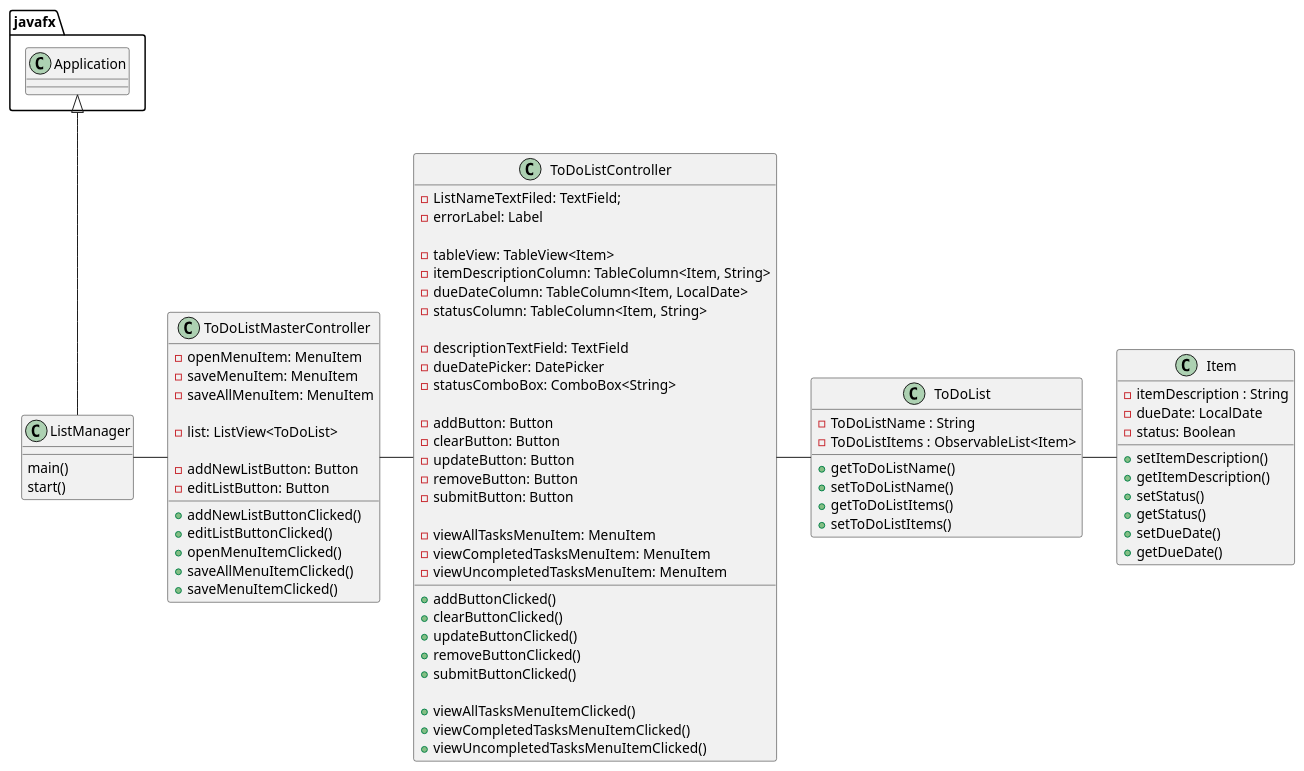
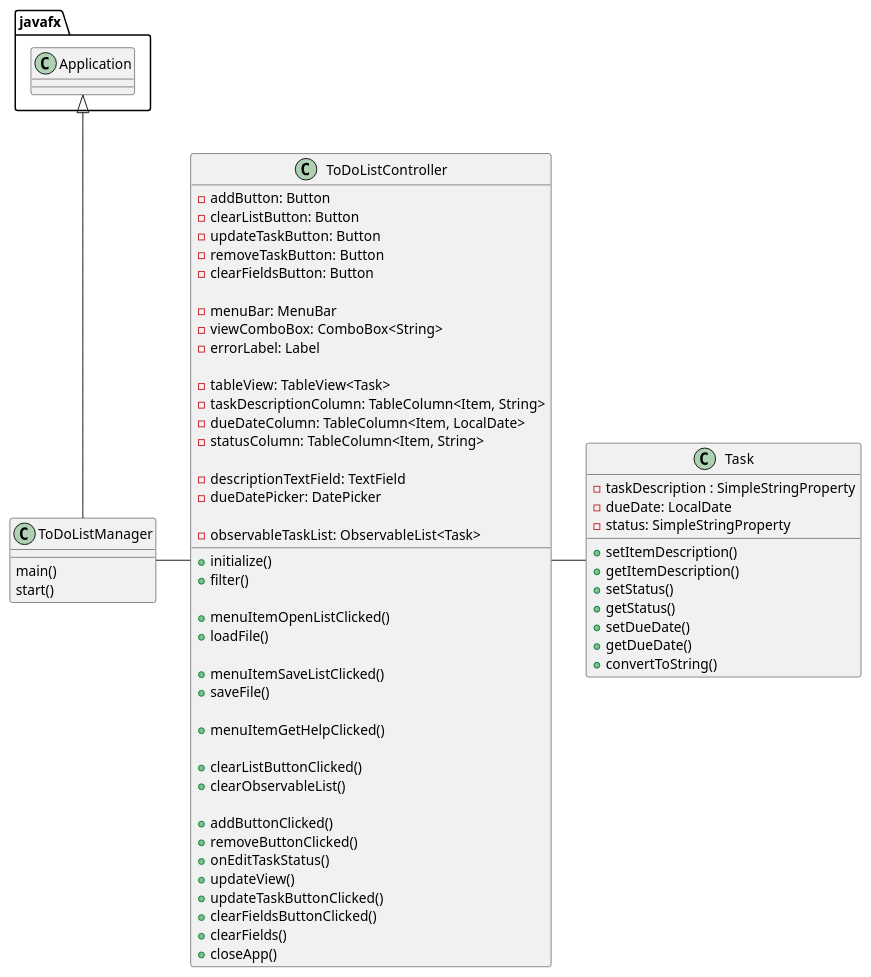
The diagram in uml/ClassDiagram.puml (mredelis/COP3330-OOP-AS4Part2-Summer21), drawn with PlantUML before and after one commit. The commit also changed 4 other files, not shown here.

```diff
--- a/uml/ClassDiagram.puml
+++ b/uml/ClassDiagram.puml
@@ -1,91 +1,74 @@
 @startuml
 'https://plantuml.com/class-diagram
 
-class ListManager{
+class ToDoListManager{
     main()
     start()
 }
 
-class ToDoListMasterController{
+class ToDoListController{
 
-    - openMenuItem: MenuItem
-    - saveMenuItem: MenuItem
-    - saveAllMenuItem: MenuItem
+    - addButton: Button
+    - clearListButton: Button
+    - updateTaskButton: Button
+    - removeTaskButton: Button
+    - clearFieldsButton: Button
 
-    - list: ListView<ToDoList>
-
-    - addNewListButton: Button
-    - editListButton: Button
-
-    + addNewListButtonClicked()
-    + editListButtonClicked()
-    + openMenuItemClicked()
-    + saveAllMenuItemClicked()
-    + saveMenuItemClicked()
-}
-
-class ToDoListController{
-    - ListNameTextFiled: TextField;
+    - menuBar: MenuBar
+    - viewComboBox: ComboBox<String>
     - errorLabel: Label
 
-    - tableView: TableView<Item>
-    - itemDescriptionColumn: TableColumn<Item, String>
+    - tableView: TableView<Task>
+    - taskDescriptionColumn: TableColumn<Item, String>
     - dueDateColumn: TableColumn<Item, LocalDate>
     - statusColumn: TableColumn<Item, String>
 
     - descriptionTextField: TextField
     - dueDatePicker: DatePicker
-    - statusComboBox: ComboBox<String>
 
-    - addButton: Button
-    - clearButton: Button
-    - updateButton: Button
-    - removeButton: Button
-    - submitButton: Button
+    - observableTaskList: ObservableList<Task>
 
-    - viewAllTasksMenuItem: MenuItem
-    - viewCompletedTasksMenuItem: MenuItem
-    - viewUncompletedTasksMenuItem: MenuItem
+    + initialize()
+    + filter()
 
-    + addButtonClicked()
-    + clearButtonClicked()
-    + updateButtonClicked()
-    + removeButtonClicked()
-    + submitButtonClicked()
+    + menuItemOpenListClicked()
+        + loadFile() /'loadFile() also calls clearObservableList()'/
 
-    + viewAllTasksMenuItemClicked()
-    + viewCompletedTasksMenuItemClicked()
-    + viewUncompletedTasksMenuItemClicked()
+    + menuItemSaveListClicked()
+        + saveFile()
+
+    + menuItemGetHelpClicked()
+
+    + clearListButtonClicked()
+        + clearObservableList()
+
+    + addButtonClicked()     /'Delegate testing'/
+    + removeButtonClicked()  /'Delegate testing'/
+    + onEditTaskStatus()
+    + updateView()
+    + updateTaskButtonClicked() /'Delegate testing'/
+    + clearFieldsButtonClicked()
+        + clearFields()
+    + closeApp()
 }
 
-class ToDoList{
-    - ToDoListName : String
-    - ToDoListItems : ObservableList<Item>
-
-    + getToDoListName()
-    + setToDoListName()
-    + getToDoListItems()
-    + setToDoListItems()
-}
-
-class Item{
-    - itemDescription : String
+class Task{
+    - taskDescription : SimpleStringProperty
     - dueDate: LocalDate
-    - status: Boolean
+    - status: SimpleStringProperty
 
     + setItemDescription()
     + getItemDescription()
     + setStatus()
     + getStatus()
     + setDueDate()
     + getDueDate()
+    + convertToString()
 }
 
-javafx.Application <|-- ListManager
-ListManager - ToDoListMasterController
-ToDoListMasterController - ToDoListController
-ToDoListController - ToDoList
-ToDoList - Item
+javafx.Application <|-- ToDoListManager
+ToDoListManager - ToDoListController
+ToDoListController - Task
 
 
 @enduml
```
